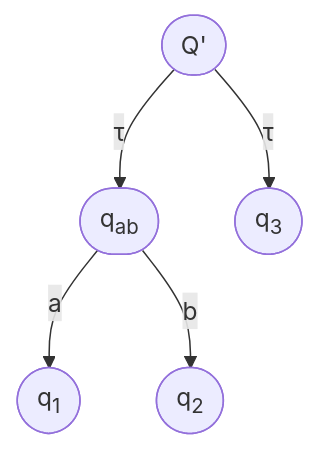
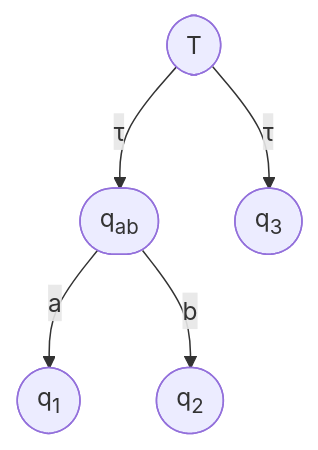
Before and after one commit to benkeks/generalized-equivalence-checking: the fourth of 6 diagrams in 02_background.qmd, drawn with Mermaid. The commit also changed other lines of this file and 2 other files, not shown here.

````diff
--- a/02_background.qmd
+++ b/02_background.qmd
@@ -523,8 +523,8 @@
 ```{mermaid}
 %%| fig-width: 1.5
 flowchart TD
-  q0([Q']) -- τ --> qAB([q<sub>ab</sub>])
+  q0([T]) -- τ --> qAB([q<sub>ab</sub>])
   qAB -- a --> qA([q<sub>1</sub>])
   qAB -- b --> qB([q<sub>2</sub>])
   q0 -- τ --> qT([q<sub>3</sub>])
 ```
````
